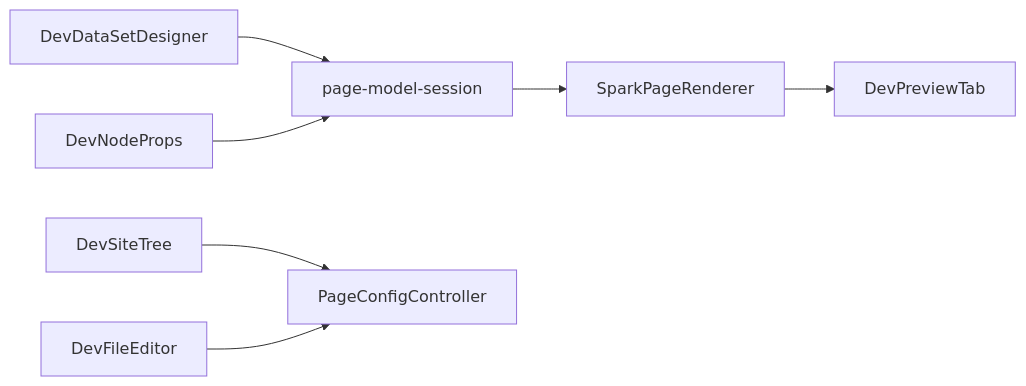
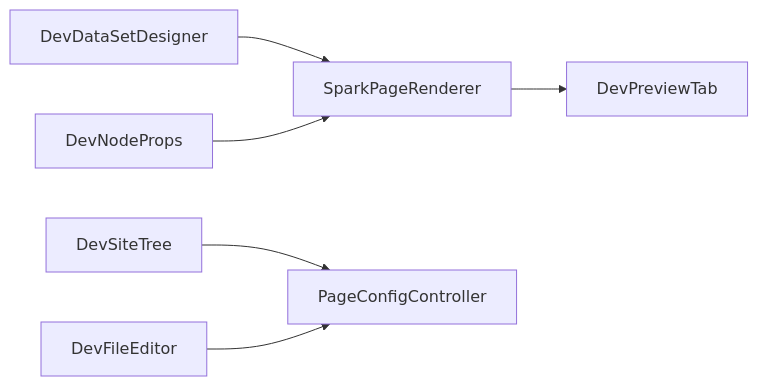
One commit to LMSpark/spark-view-vue changed diagram 13 of 16 in docs/SPARK_VIEW_PROJECT_DEEP_DIVE_ZH.md. Above: the diagram before and after it, drawn with Mermaid. The commit also changed other lines of this file and 35 other files, not shown here.

````diff
--- a/docs/SPARK_VIEW_PROJECT_DEEP_DIVE_ZH.md
+++ b/docs/SPARK_VIEW_PROJECT_DEEP_DIVE_ZH.md
@@ -588,18 +589,16 @@
 ```mermaid
 flowchart LR
   SiteTree["DevSiteTree"]
   FileEditor["DevFileEditor"]
   DataDesigner["DevDataSetDesigner"]
   NodeProps["DevNodeProps"]
   Preview["DevPreviewTab"]
-  Session["page-model-session"]
   Renderer["SparkPageRenderer"]
   Backend["PageConfigController"]
 
   SiteTree --> Backend
   FileEditor --> Backend
-  DataDesigner --> Session
-  NodeProps --> Session
-  Session --> Renderer
+  DataDesigner --> Renderer
+  NodeProps --> Renderer
   Renderer --> Preview
 ```
````
